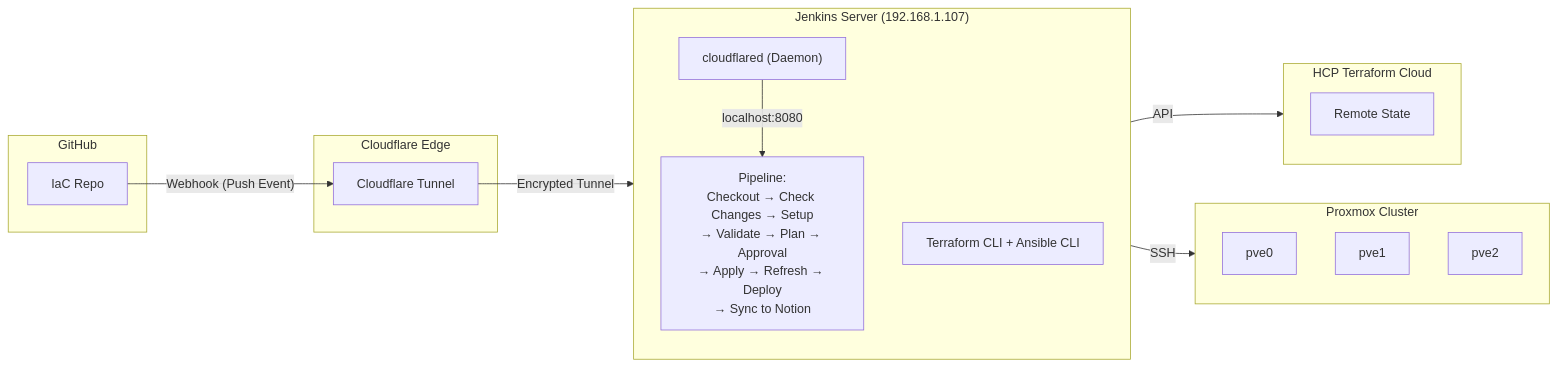
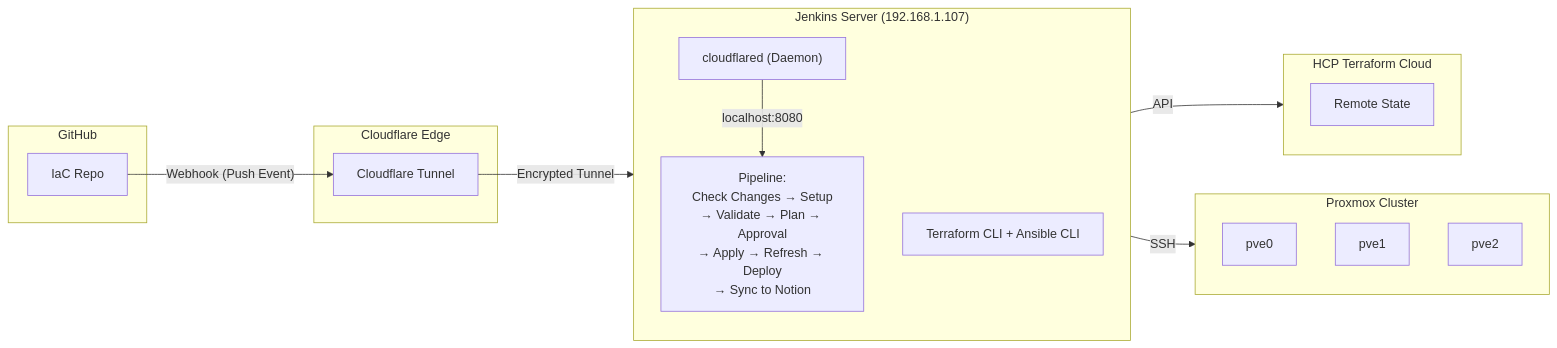
The first of 5 diagrams in docs/designs/cicd-architecture.md (blue126/IaC), drawn with Mermaid before and after one commit. The commit also changed other lines of this file and 1 other file, not shown here.

First line of the commit message:
docs(cicd): update architecture diagram and flowchart

````diff
--- a/docs/designs/cicd-architecture.md
+++ b/docs/designs/cicd-architecture.md
@@ -92,34 +92,34 @@
 ```mermaid
 flowchart LR
     subgraph GitHub["GitHub"]
         Repo[IaC Repo]
     end
 
     subgraph CF["Cloudflare Edge"]
         Tunnel["Cloudflare Tunnel"]
     end
 
     subgraph Jenkins["Jenkins Server (192.168.1.107)"]
         direction TB
         Cloudflared["cloudflared (Daemon)"]
-        Pipeline["Pipeline:<br/>Checkout → Check Changes → Setup<br/>→ Validate → Plan → Approval<br/>→ Apply → Refresh → Deploy<br/>→ Sync to Notion"]
+        Pipeline["Pipeline:<br/>Check Changes → Setup<br/>→ Validate → Plan → Approval<br/>→ Apply → Refresh → Deploy<br/>→ Sync to Notion"]
         Tools["Terraform CLI + Ansible CLI"]
     end
 
     subgraph HCP["HCP Terraform Cloud"]
         State[Remote State]
     end
 
     subgraph Proxmox["Proxmox Cluster"]
         pve0[pve0]
         pve1[pve1]
         pve2[pve2]
     end
 
     Repo -- "Webhook (Push Event)" --> Tunnel
     Tunnel -- "Encrypted Tunnel" --> Cloudflared
     Cloudflared -- "localhost:8080" --> Pipeline
 
     Pipeline -- "API" --> HCP
     Pipeline -- "SSH" --> Proxmox
 ```
````
